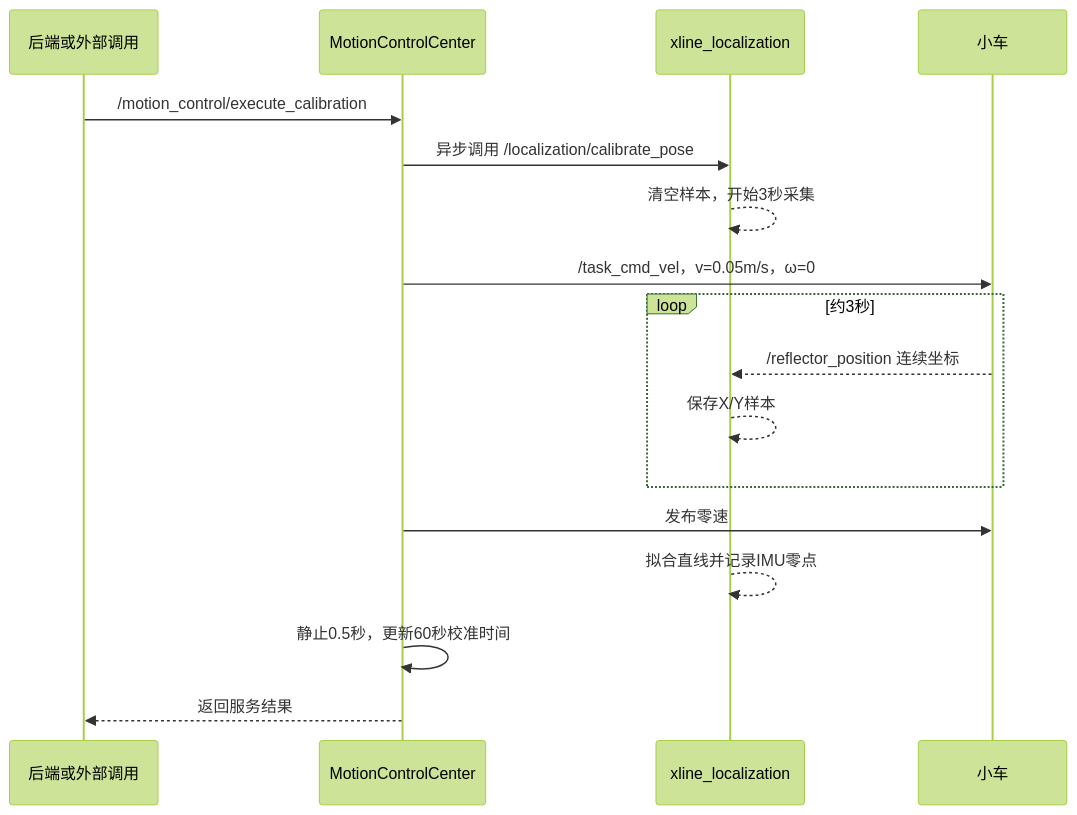
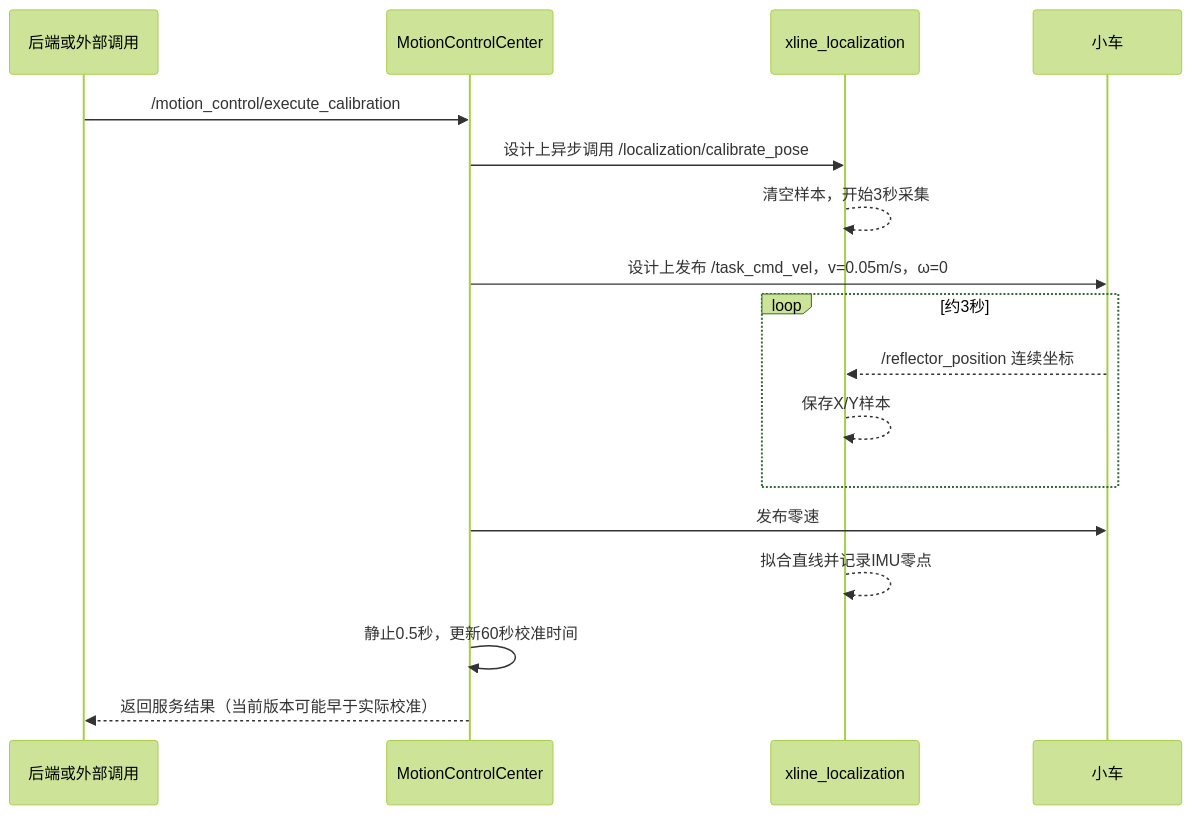
One commit to monstersjack/obsidian__ubuntu__project changed the fourth of 4 diagrams in a_黎伯项目/a__readme/定位与姿态校准机制说明.md. Above: the diagram before and after it, drawn with Mermaid (forest theme). The commit also changed other lines of this file and 3 other files, not shown here.

````diff
--- a/a_黎伯项目/a__readme/定位与姿态校准机制说明.md
+++ b/a_黎伯项目/a__readme/定位与姿态校准机制说明.md
@@ -258,19 +309,19 @@
 ```mermaid
 sequenceDiagram
     participant Caller as 后端或外部调用
     participant MC as MotionControlCenter
     participant Loc as xline_localization
     participant Car as 小车
     Caller->>MC: /motion_control/execute_calibration
-    MC->>Loc: 异步调用 /localization/calibrate_pose
+    MC->>Loc: 设计上异步调用 /localization/calibrate_pose
     Loc-->>Loc: 清空样本，开始3秒采集
-    MC->>Car: /task_cmd_vel，v=0.05m/s，ω=0
+    MC->>Car: 设计上发布 /task_cmd_vel，v=0.05m/s，ω=0
     loop 约3秒
         Car-->>Loc: /reflector_position 连续坐标
         Loc-->>Loc: 保存X/Y样本
     end
     MC->>Car: 发布零速
     Loc-->>Loc: 拟合直线并记录IMU零点
     MC->>MC: 静止0.5秒，更新60秒校准时间
-    MC-->>Caller: 返回服务结果
+    MC-->>Caller: 返回服务结果（当前版本可能早于实际校准）
 ```
````
